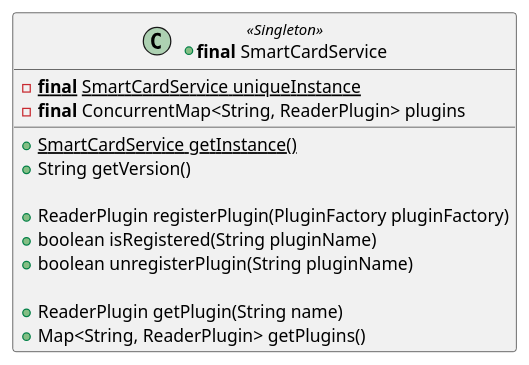
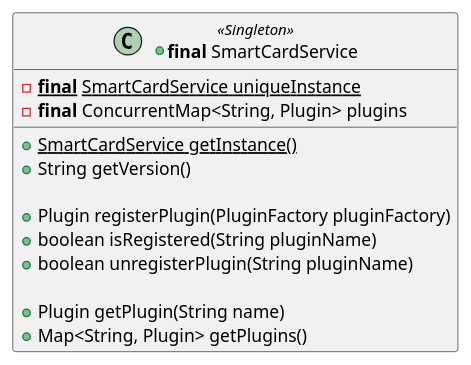
Before and after one commit to calypsonet/keyple: the first of 20 diagrams in src/KeypleCoreApi/puml/KeypleCore_Reader_ClassDiag_ClassElements.iuml, drawn with PlantUML. The commit also changed other lines of this file and 34 other files, not shown here.

```diff
--- a/src/KeypleCoreApi/puml/KeypleCore_Reader_ClassDiag_ClassElements.iuml
+++ b/src/KeypleCoreApi/puml/KeypleCore_Reader_ClassDiag_ClassElements.iuml
@@ -14,15 +14,15 @@
 @startuml(id=READER_SERVICE_1_0_0)
 +class "<b>final</b> SmartCardService" as SmartCardService << Singleton >> {
   -<b>final</b> {static}SmartCardService uniqueInstance
-  -<b>final</b> ConcurrentMap<String, ReaderPlugin> plugins
+  -<b>final</b> ConcurrentMap<String, Plugin> plugins
   +{static}SmartCardService getInstance()
   +String getVersion()
 
-  +ReaderPlugin registerPlugin(PluginFactory pluginFactory)
+  +Plugin registerPlugin(PluginFactory pluginFactory)
   +boolean isRegistered(String pluginName)
   +boolean unregisterPlugin(String pluginName)
 
-  +ReaderPlugin getPlugin(String name)
-  +Map<String, ReaderPlugin> getPlugins()
+  +Plugin getPlugin(String name)
+  +Map<String, Plugin> getPlugins()
 }
 @enduml
```
